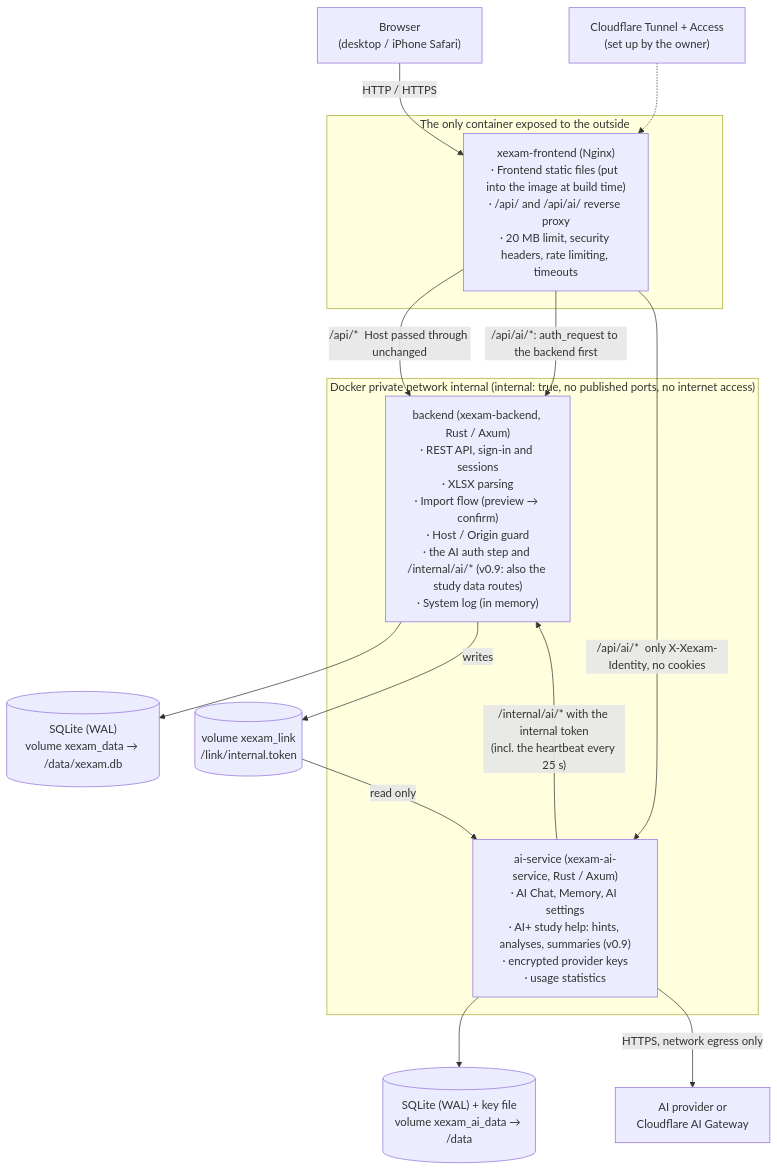
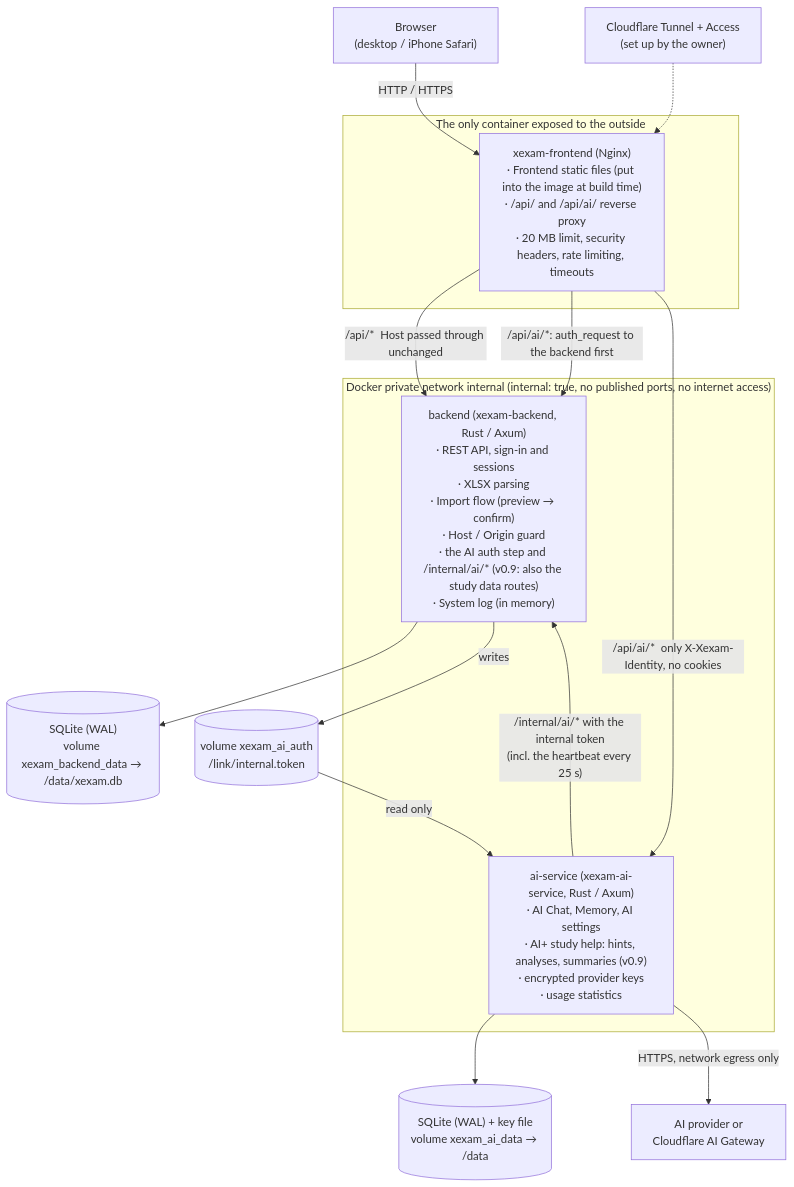
One commit to Yumin-Space/xexam changed the first of 8 diagrams in docs/en/architecture.md. Above: the diagram before and after it, drawn with Mermaid. The commit also changed other lines of this file and 57 other files, not shown here.

First line of the commit message:
v1.4: volume names, usage periods, token units, stack check

````diff
--- a/docs/en/architecture.md
+++ b/docs/en/architecture.md
@@ -10,21 +10,21 @@
 ```mermaid
 flowchart TB
     U["Browser<br/>(desktop / iPhone Safari)"] -->|"HTTP / HTTPS"| N
     subgraph pub["The only container exposed to the outside"]
         N["xexam-frontend (Nginx)<br/>· Frontend static files (put into the image at build time)<br/>· /api/ and /api/ai/ reverse proxy<br/>· 20 MB limit, security headers, rate limiting, timeouts"]
     end
     subgraph priv["Docker private network internal (internal: true, no published ports, no internet access)"]
         B["backend (xexam-backend, Rust / Axum)<br/>· REST API, sign-in and sessions<br/>· XLSX parsing<br/>· Import flow (preview → confirm)<br/>· Host / Origin guard<br/>· the AI auth step and /internal/ai/* (v0.9: also the study data routes)<br/>· System log (in memory)"]
         A["ai-service (xexam-ai-service, Rust / Axum)<br/>· AI Chat, Memory, AI settings<br/>· AI+ study help: hints, analyses, summaries (v0.9)<br/>· encrypted provider keys<br/>· usage statistics"]
     end
     N -->|"/api/*  Host passed through unchanged"| B
     N -->|"/api/ai/*: auth_request to the backend first"| B
     N -->|"/api/ai/*  only X-Xexam-Identity, no cookies"| A
     A -->|"/internal/ai/* with the internal token<br/>(incl. the heartbeat every 25 s)"| B
-    B --> D[("SQLite (WAL)<br/>volume xexam_data → /data/xexam.db")]
+    B --> D[("SQLite (WAL)<br/>volume xexam_backend_data → /data/xexam.db")]
     A --> AD[("SQLite (WAL) + key file<br/>volume xexam_ai_data → /data")]
-    B -->|"writes"| L[("volume xexam_link<br/>/link/internal.token")]
+    B -->|"writes"| L[("volume xexam_ai_auth<br/>/link/internal.token")]
     L -->|"read only"| A
     A -->|"HTTPS, network egress only"| P["AI provider or<br/>Cloudflare AI Gateway"]
     CF["Cloudflare Tunnel + Access<br/>(set up by the owner)"] -.-> N
 ```
````
